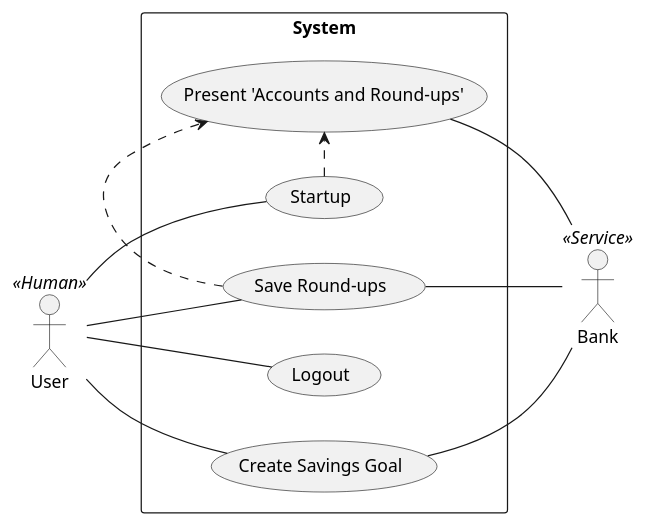
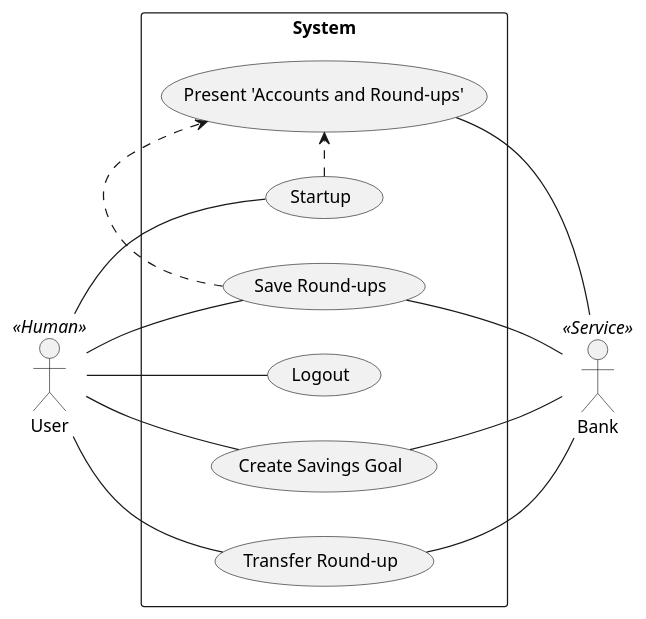
The diagram in diagrams/Use Case Diagram.puml (hristo-stefanov/MiniBankingDemo), drawn with PlantUML before and after one commit. The commit also changed 1 other file, not shown here.

Commit message:
Add Transfer Round-Up use case

```diff
--- a/diagrams/Use Case Diagram.puml
+++ b/diagrams/Use Case Diagram.puml
@@ -1,26 +1,29 @@
 @startuml
 'https://plantuml.com/use-case-diagram
 
 left to right direction
 actor User <<Human>>
 actor Bank <<Service>>
 
 rectangle System {
 usecase Startup
 usecase Logout
 usecase "Save Round-ups"
 usecase "Create Savings Goal"
 usecase "Present 'Accounts and Round-ups'"
+usecase "Transfer Round-up"
 }
 
 User -- Startup
 User -- "Save Round-ups"
 User -- "Create Savings Goal"
 User -- "Logout"
+User -- "Transfer Round-up"
 
 Startup .> "Present 'Accounts and Round-ups'"
 "Save Round-ups" .> "Present 'Accounts and Round-ups'"
 "Present 'Accounts and Round-ups'" -- "Bank"
 "Save Round-ups" -- "Bank"
 "Create Savings Goal" -- "Bank"
+"Transfer Round-up" -- "Bank"
 @enduml
```
